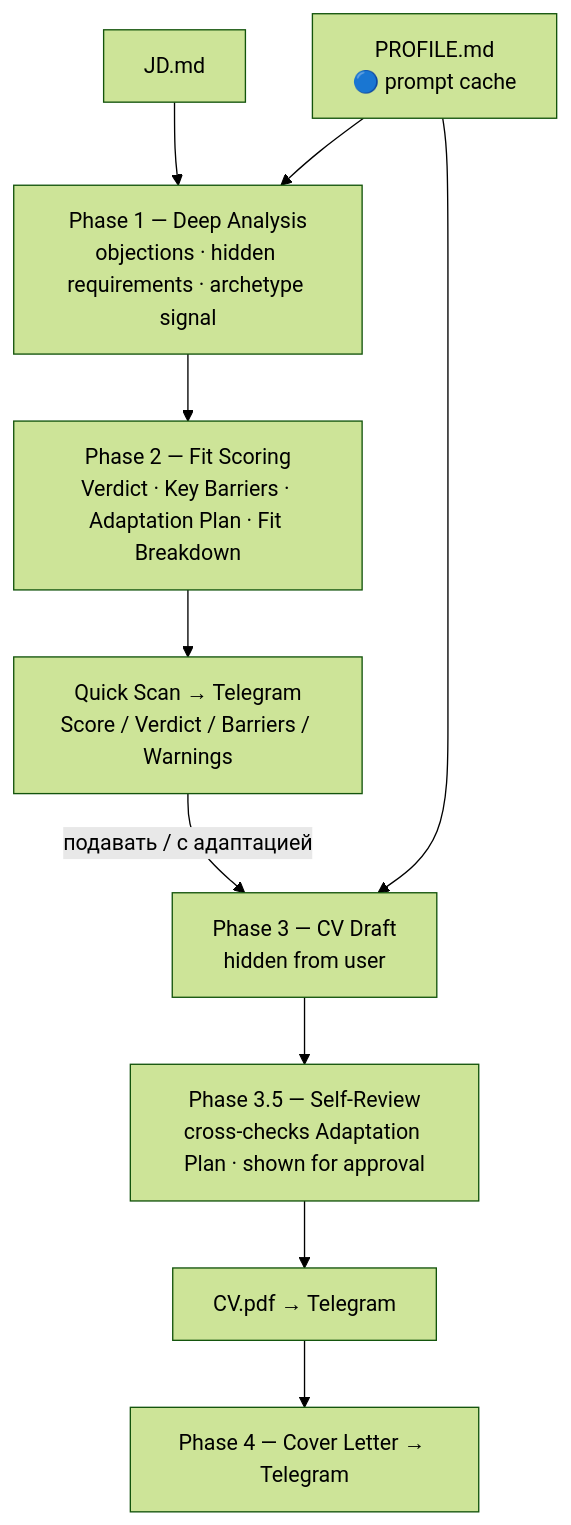
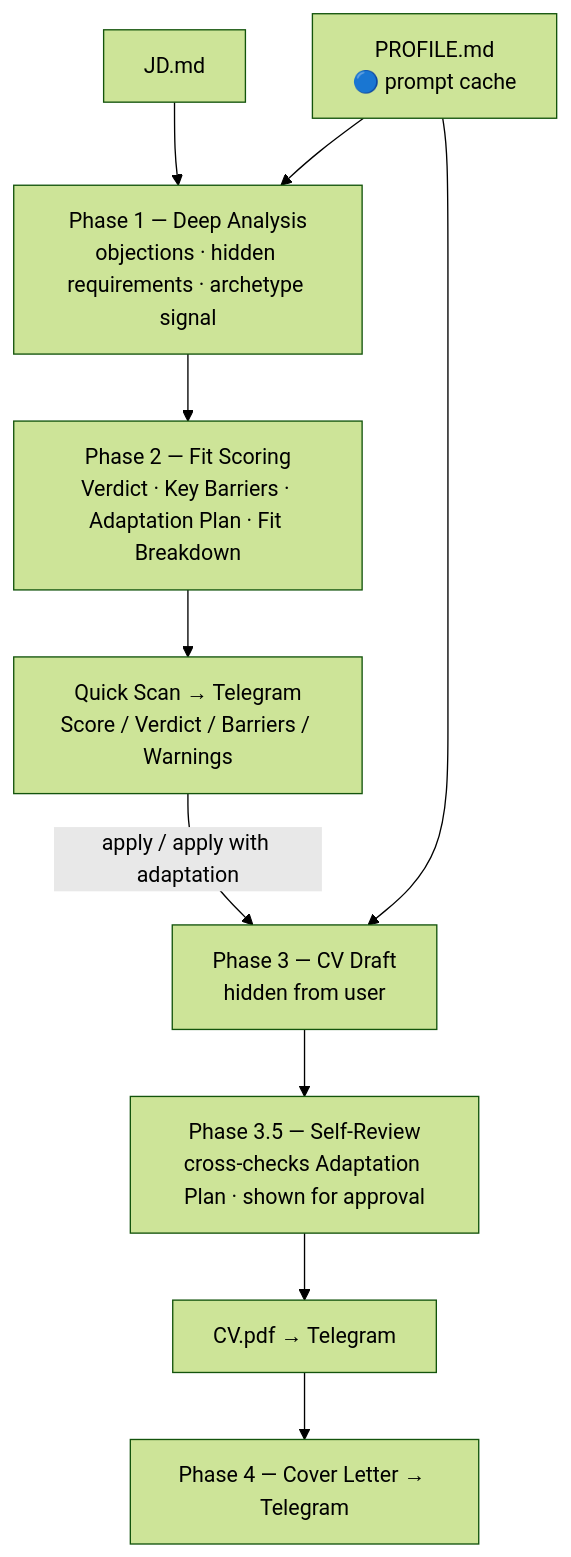
Before and after one commit to ioncat/agent-hub: the second of 3 diagrams in README.md, drawn with Mermaid (forest theme). The commit also changed other lines of this file, not shown here.

Commit message:
docs: translate remaining Russian text to English in README

````diff
--- a/README.md
+++ b/README.md
@@ -38,14 +38,14 @@
 ```mermaid
 flowchart TD
     JD["JD.md"] --> P1["Phase 1 — Deep Analysis\nobjections · hidden requirements · archetype signal"]
     PROF["PROFILE.md\n🔵 prompt cache"] --> P1
     PROF --> P3
 
     P1 --> P2["Phase 2 — Fit Scoring\nVerdict · Key Barriers · Adaptation Plan · Fit Breakdown"]
     P2 --> QS["Quick Scan → Telegram\nScore / Verdict / Barriers / Warnings"]
 
-    QS -->|"подавать / с адаптацией"| P3["Phase 3 — CV Draft\nhidden from user"]
+    QS -->|"apply / apply with adaptation"| P3["Phase 3 — CV Draft\nhidden from user"]
     P3 --> P35["Phase 3.5 — Self-Review\ncross-checks Adaptation Plan · shown for approval"]
     P35 --> PDF["CV.pdf → Telegram"]
     PDF --> P4["Phase 4 — Cover Letter → Telegram"]
 ```
````
